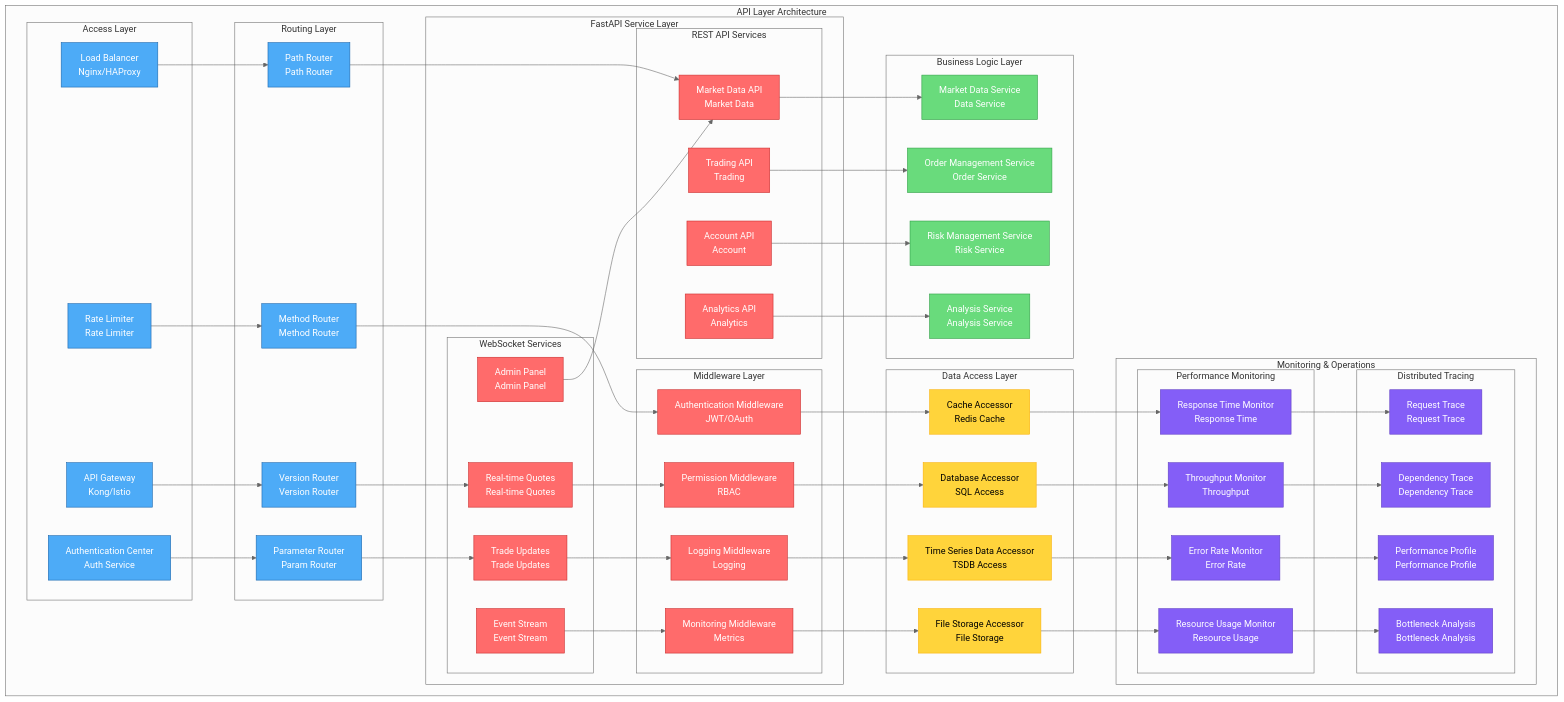
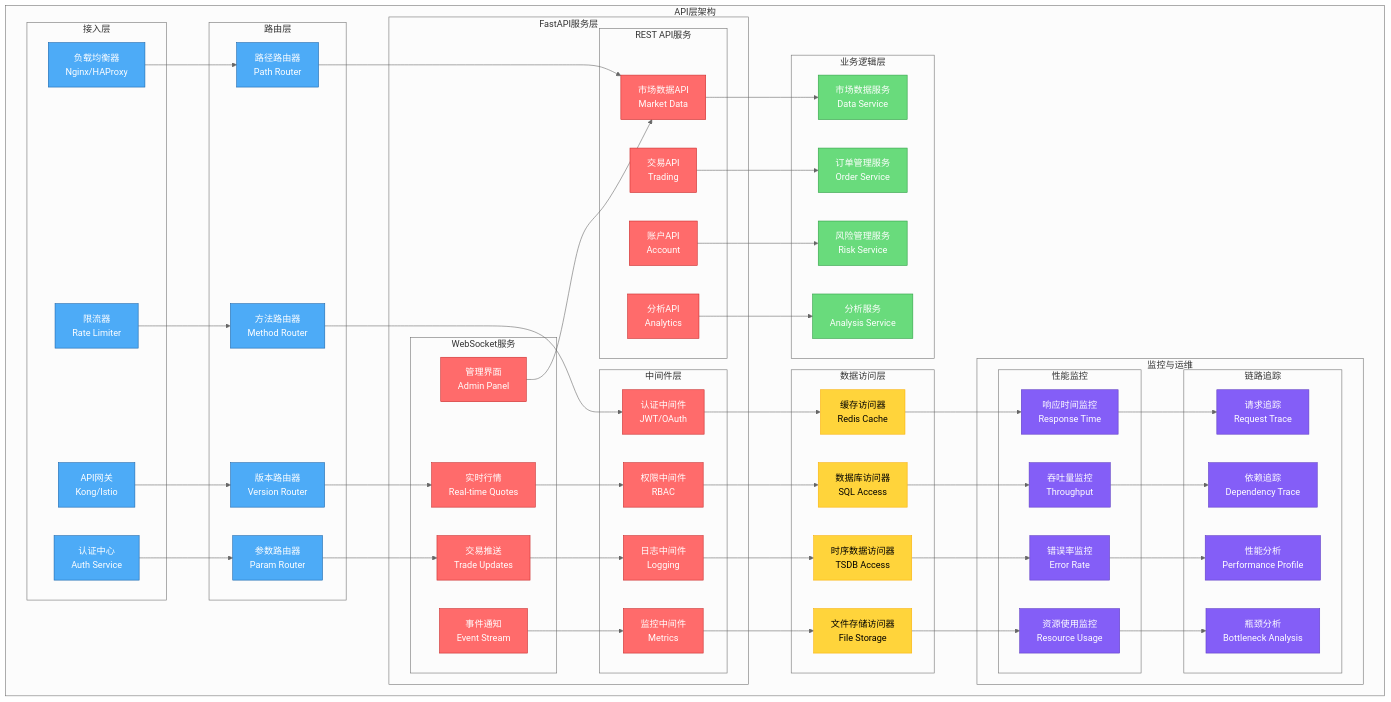
Before and after one commit to zcxGGmu/DeepAlpha: diagram 11 of 12 in README.zh.md, drawn with Mermaid (neutral theme). The commit also changed other lines of this file and 1 other file, not shown here.

````diff
--- a/README.zh.md
+++ b/README.zh.md
@@ -1336,70 +1335,70 @@
 ```mermaid
 graph TB
-    subgraph "API Layer Architecture"
-        subgraph "Access Layer"
-            AL1[Load Balancer<br/>Nginx/HAProxy]
-            AL2[API Gateway<br/>Kong/Istio]
-            AL3[Rate Limiter<br/>Rate Limiter]
-            AL4[Authentication Center<br/>Auth Service]
+    subgraph "API层架构"
+        subgraph "接入层"
+            AL1[负载均衡器<br/>Nginx/HAProxy]
+            AL2[API网关<br/>Kong/Istio]
+            AL3[限流器<br/>Rate Limiter]
+            AL4[认证中心<br/>Auth Service]
         end
 
-        subgraph "Routing Layer"
-            RT1[Path Router<br/>Path Router]
-            RT2[Version Router<br/>Version Router]
-            RT3[Method Router<br/>Method Router]
-            RT4[Parameter Router<br/>Param Router]
+        subgraph "路由层"
+            RT1[路径路由器<br/>Path Router]
+            RT2[版本路由器<br/>Version Router]
+            RT3[方法路由器<br/>Method Router]
+            RT4[参数路由器<br/>Param Router]
         end
 
-        subgraph "FastAPI Service Layer"
-            subgraph "REST API Services"
-                RA1[Market Data API<br/>Market Data]
-                RA2[Trading API<br/>Trading]
-                RA3[Account API<br/>Account]
-                RA4[Analytics API<br/>Analytics]
+        subgraph "FastAPI服务层"
+            subgraph "REST API服务"
+                RA1[市场数据API<br/>Market Data]
+                RA2[交易API<br/>Trading]
+                RA3[账户API<br/>Account]
+                RA4[分析API<br/>Analytics]
             end
 
-            subgraph "WebSocket Services"
-                WS1[Real-time Quotes<br/>Real-time Quotes]
-                WS2[Trade Updates<br/>Trade Updates]
-                WS3[Event Stream<br/>Event Stream]
-                WS4[Admin Panel<br/>Admin Panel]
+            subgraph "WebSocket服务"
+                WS1[实时行情<br/>Real-time Quotes]
+                WS2[交易推送<br/>Trade Updates]
+                WS3[事件通知<br/>Event Stream]
+                WS4[管理界面<br/>Admin Panel]
             end
 
-            subgraph "Middleware Layer"
-                MW1[Authentication Middleware<br/>JWT/OAuth]
-                MW2[Permission Middleware<br/>RBAC]
-                MW3[Logging Middleware<br/>Logging]
-                MW4[Monitoring Middleware<br/>Metrics]
+            subgraph "中间件层"
+                MW1[认证中间件<br/>JWT/OAuth]
+                MW2[权限中间件<br/>RBAC]
+                MW3[日志中间件<br/>Logging]
+                MW4[监控中间件<br/>Metrics]
             end
         end
 
-        subgraph "Business Logic Layer"
-            BL1[Market Data Service<br/>Data Service]
-            BL2[Order Management Service<br/>Order Service]
-            BL3[Risk Management Service<br/>Risk Service]
-            BL4[Analysis Service<br/>Analysis Service]
+        subgraph "业务逻辑层"
+            BL1[市场数据服务<br/>Data Service]
+            BL2[订单管理服务<br/>Order Service]
+            BL3[风险管理服务<br/>Risk Service]
+            BL4[分析服务<br/>Analysis Service]
         end
 
-        subgraph "Data Access Layer"
-            DA1[Cache Accessor<br/>Redis Cache]
-            DA2[Database Accessor<br/>SQL Access]
-            DA3[Time Series Data Accessor<br/>TSDB Access]
-            DA4[File Storage Accessor<br/>File Storage]
+        subgraph "数据访问层"
+            DA1[缓存访问器<br/>Redis Cache]
+            DA2[数据库访问器<br/>SQL Access]
+            DA3[时序数据访问器<br/>TSDB Access]
+            DA4[文件存储访问器<br/>File Storage]
         end
 
-        subgraph "Monitoring & Operations"
-            subgraph "Performance Monitoring"
-                PF1[Response Time Monitor<br/>Response Time]
-                PF2[Throughput Monitor<br/>Throughput]
-                PF3[Error Rate Monitor<br/>Error Rate]
-                PF4[Resource Usage Monitor<br/>Resource Usage]
+        subgraph "监控与运维"
+            subgraph "性能监控"
+                PF1[响应时间监控<br/>Response Time]
+                PF2[吞吐量监控<br/>Throughput]
+                PF3[错误率监控<br/>Error Rate]
+                PF4[资源使用监控<br/>Resource Usage]
             end
 
-            subgraph "Distributed Tracing"
-                TR1[Request Trace<br/>Request Trace]
-                TR2[Dependency Trace<br/>Dependency Trace]
-                TR3[Performance Profile<br/>Performance Profile]
-                TR4[Bottleneck Analysis<br/>Bottleneck Analysis]
+            subgraph "链路追踪"
+                TR1[请求追踪<br/>Request Trace]
+                TR2[依赖追踪<br/>Dependency Trace]
+                TR3[性能分析<br/>Performance Profile]
+                TR4[瓶颈分析<br/>Bottleneck Analysis]
             end
         end
     end
````
